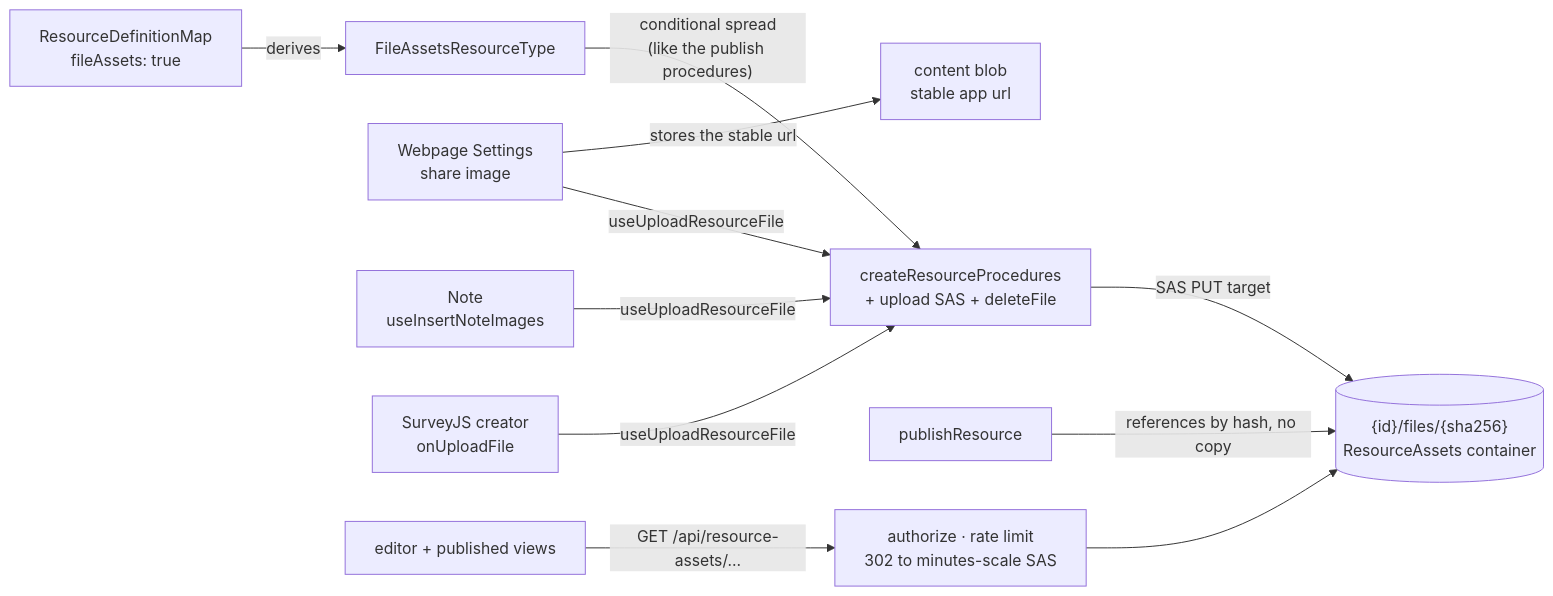
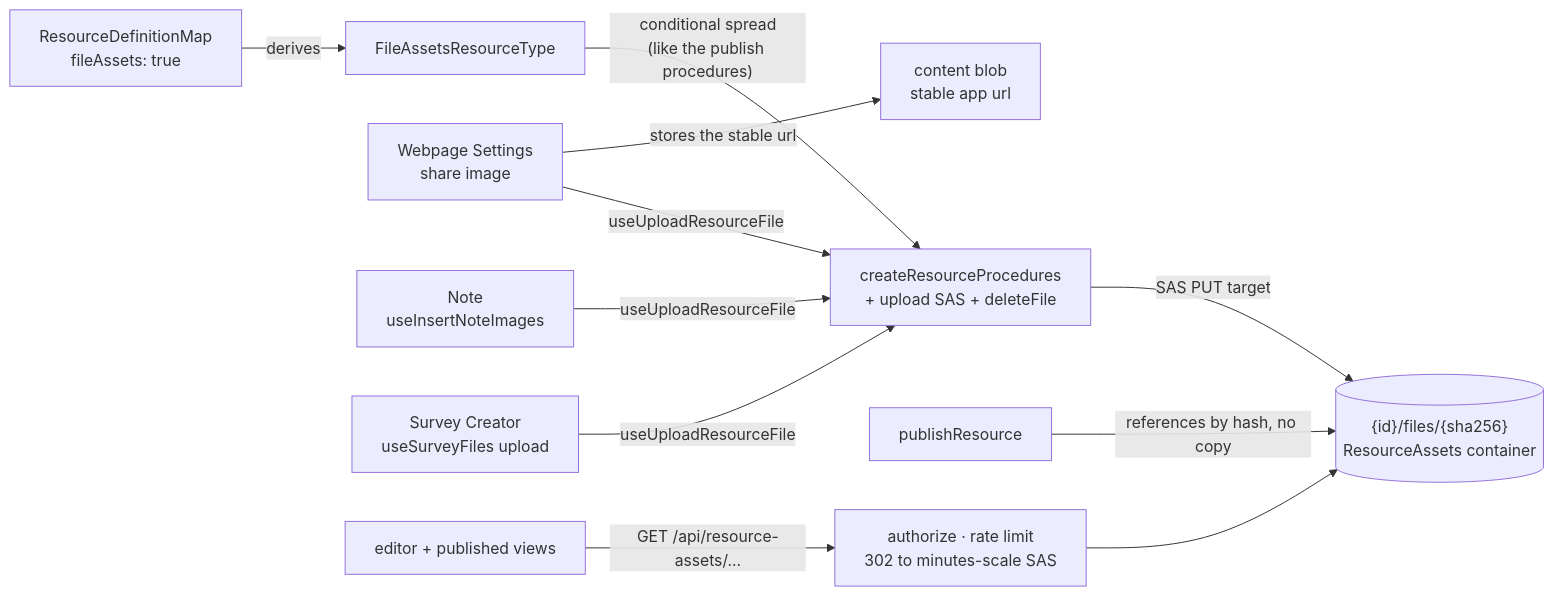
Before and after one commit to Esposter/Esposter: the diagram in openspec/specs/resource/resource-file-assets/design.md, drawn with Mermaid. The commit also changed other lines of this file and 16 other files, not shown here.

First line of the commit message:
docs(openspec): the survey's existing pages describe the typed document and the Creator

````diff
--- a/openspec/specs/resource/resource-file-assets/design.md
+++ b/openspec/specs/resource/resource-file-assets/design.md
@@ -11,13 +11,13 @@
 ```mermaid
 flowchart LR
   DEF["ResourceDefinitionMap<br/>fileAssets: true"] -->|derives| UNION["FileAssetsResourceType"]
   UNION -->|"conditional spread<br/>(like the publish procedures)"| FACTORY["createResourceProcedures<br/>+ upload SAS + deleteFile"]
   WS["Webpage Settings<br/>share image"] -->|"useUploadResourceFile"| FACTORY
   NOTE["Note<br/>useInsertNoteImages"] -->|useUploadResourceFile| FACTORY
-  CREATOR["SurveyJS creator<br/>onUploadFile"] -->|useUploadResourceFile| FACTORY
+  CREATOR["Survey Creator<br/>useSurveyFiles upload"] -->|useUploadResourceFile| FACTORY
   FACTORY -->|SAS PUT target| BLOB[("{id}/files/{sha256}<br/>ResourceAssets container")]
   WS -->|"stores the stable url"| CANVAS["content blob<br/>stable app url"]
   PUB["publishResource"] -->|"references by hash, no copy"| BLOB
   VIEW["editor + published views"] -->|"GET /api/resource-assets/…"| EP["authorize · rate limit<br/>302 to minutes-scale SAS"]
   EP --> BLOB
 ```
````
